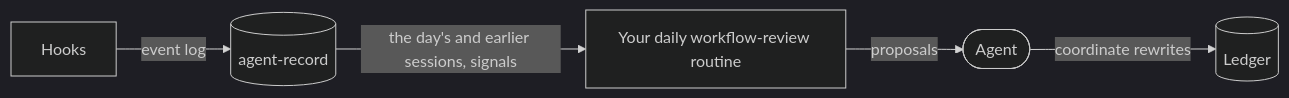
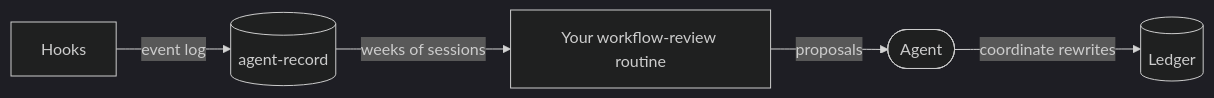
The second of 3 diagrams in docs/plugin.md (cniska/agent-skills), drawn with Mermaid (dark theme) before and after one commit. The commit also changed 5 other files, not shown here.

Commit message:
refactor: workflow-review over weeks, whole skill

````diff
--- a/docs/plugin.md
+++ b/docs/plugin.md
@@ -21,7 +21,7 @@
 ```mermaid
 flowchart LR
   agent(["Agent"]) -- "coordinate rewrites" --> ledger[("Ledger")]
   hook["Hooks"] -- "event log" --> rec[("agent-record")]
-  rec -- "the day's and earlier sessions, signals" --> review["Your daily workflow-review routine"]
+  rec -- "weeks of sessions" --> review["Your workflow-review routine"]
   review -- "proposals" --> agent
 ```
````
